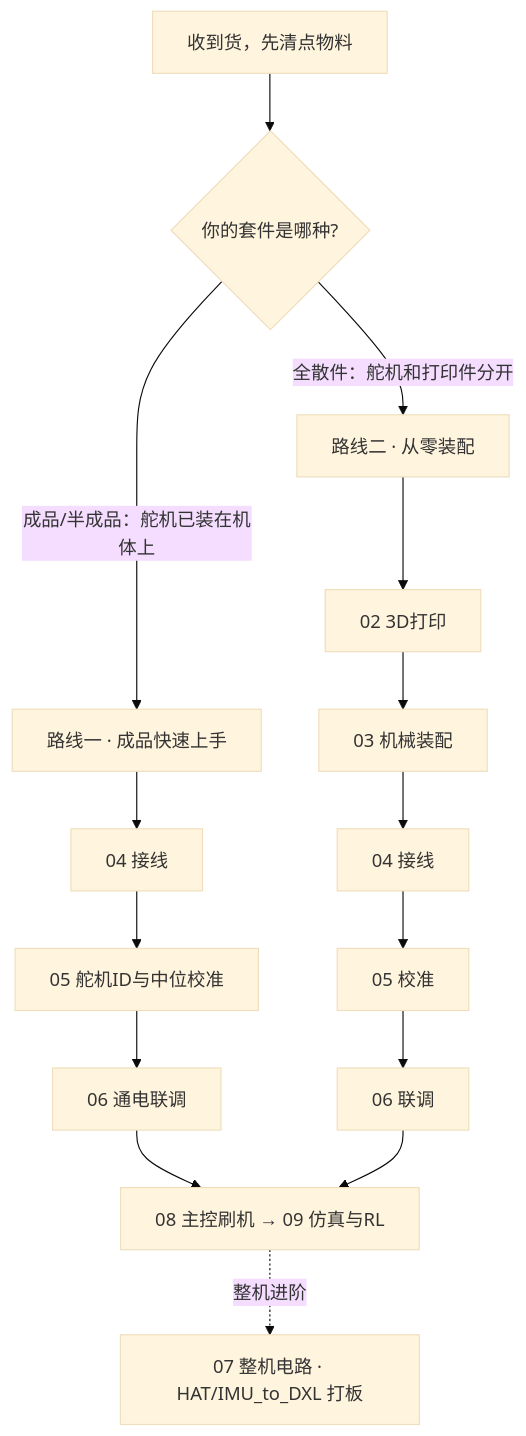
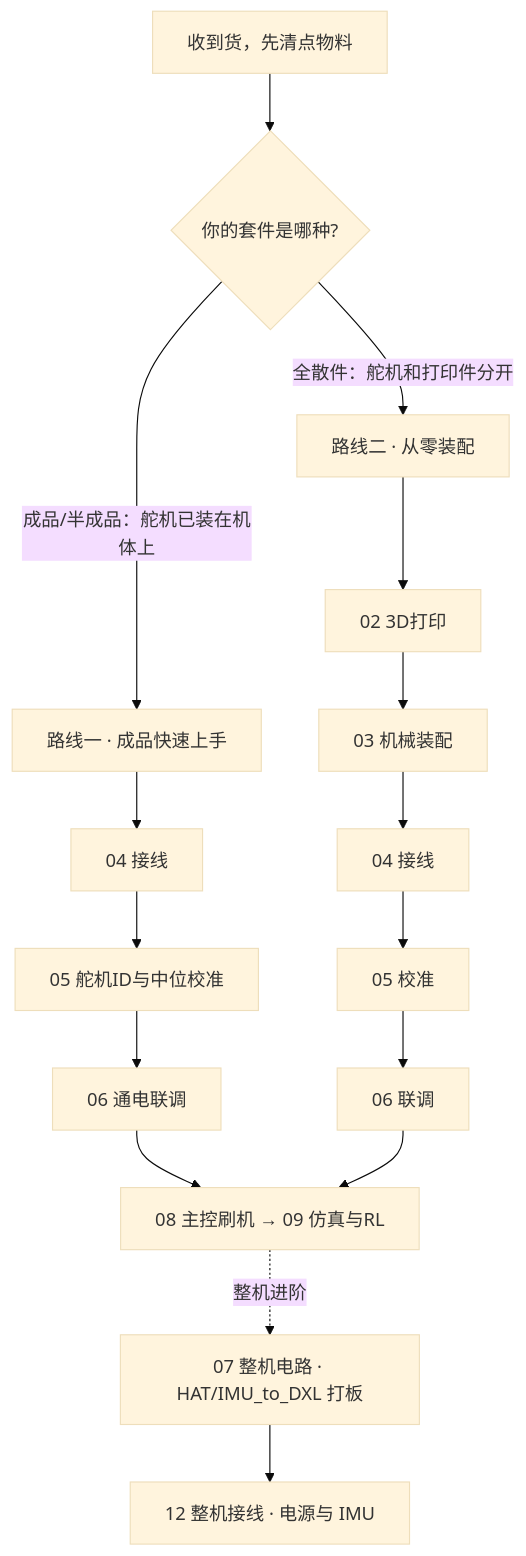
One commit to thundergrj/Lumimoon-Tech-RobotDuck changed the diagram in README.md. Above: the diagram before and after it, drawn with Mermaid (base theme). The commit also changed other lines of this file and 9 other files, not shown here.

First line of the commit message:
新增 12 章整机接线，并补充组装/接线配图

````diff
--- a/README.md
+++ b/README.md
@@ -31,13 +32,14 @@
 ```mermaid
 flowchart TD
     A[收到货，先清点物料] --> B{你的套件是哪种?}
     B -->|成品/半成品：舵机已装在机体上| C[路线一 · 成品快速上手]
     B -->|全散件：舵机和打印件分开| D[路线二 · 从零装配]
 
     C --> C1[04 接线] --> C2[05 舵机ID与中位校准] --> C3[06 通电联调]
     D --> D1[02 3D打印] --> D2[03 机械装配] --> D3[04 接线] --> D4[05 校准] --> D5[06 联调]
 
     C3 --> E[08 主控刷机 → 09 仿真与RL]
     D5 --> E
     E -.整机进阶.-> F[07 整机电路 · HAT/IMU_to_DXL 打板]
+    F --> G[12 整机接线 · 电源与 IMU]
 ```
````
